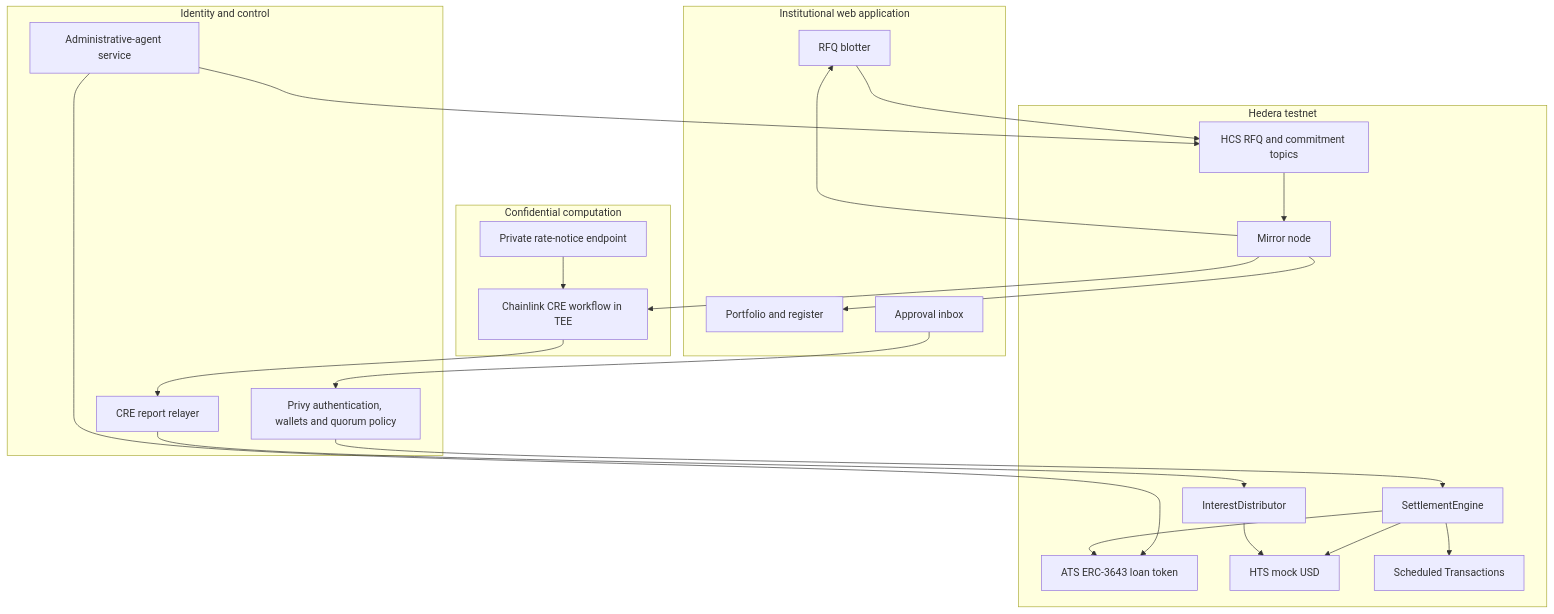
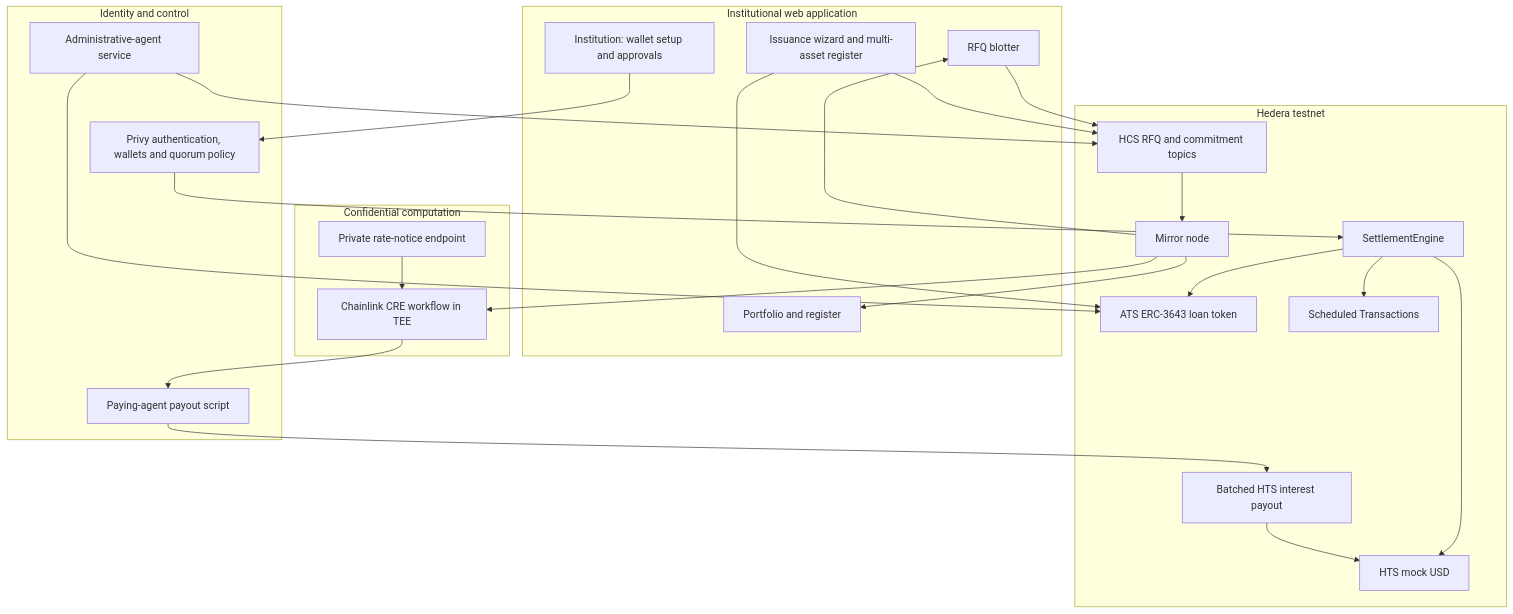
One commit to queenleoa/SyndicateLend changed the fourth of 6 diagrams in HACKATHON-PRD.md. Above: the diagram before and after it, drawn with Mermaid. The commit also changed other lines of this file and 31 other files, not shown here.

````diff
--- a/HACKATHON-PRD.md
+++ b/HACKATHON-PRD.md
@@ -342,46 +342,49 @@
 ```mermaid
 flowchart TB
     subgraph UX[Institutional web application]
         B[RFQ blotter]
         P[Portfolio and register]
-        A[Approval inbox]
+        A[Institution: wallet setup and approvals]
+        I[Issuance wizard and multi-asset register]
     end
 
     subgraph CONTROL[Identity and control]
         PRIVY[Privy authentication, wallets and quorum policy]
         AGENT[Administrative-agent service]
-        RELAY[CRE report relayer]
+        PAY[Paying-agent payout script]
     end
 
     subgraph HEDERA[Hedera testnet]
         ATS[ATS ERC-3643 loan token]
         SETTLE[SettlementEngine]
         USD[HTS mock USD]
         HCS[HCS RFQ and commitment topics]
         SCHEDULE[Scheduled Transactions]
-        DIST[InterestDistributor]
+        DIST[Batched HTS interest payout]
         MIRROR[Mirror node]
     end
 
     subgraph CONFIDENTIAL[Confidential computation]
         CRE[Chainlink CRE workflow in TEE]
         NOTICE[Private rate-notice endpoint]
     end
 
     B --> HCS
     A --> PRIVY
     PRIVY --> SETTLE
     AGENT --> ATS
     AGENT --> HCS
     SETTLE --> ATS
     SETTLE --> USD
     SETTLE --> SCHEDULE
     HCS --> MIRROR
     MIRROR --> CRE
     NOTICE --> CRE
-    CRE --> RELAY
-    RELAY --> DIST
+    CRE --> PAY
+    PAY --> DIST
+    I --> ATS
+    I --> HCS
     DIST --> USD
     MIRROR --> B
     MIRROR --> P
 ```
````
